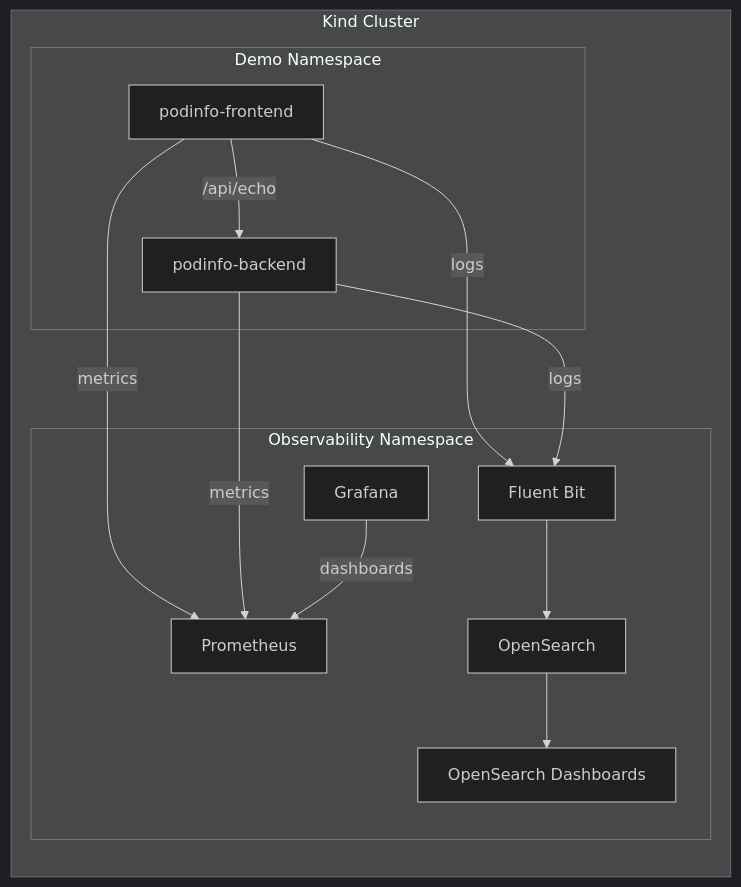
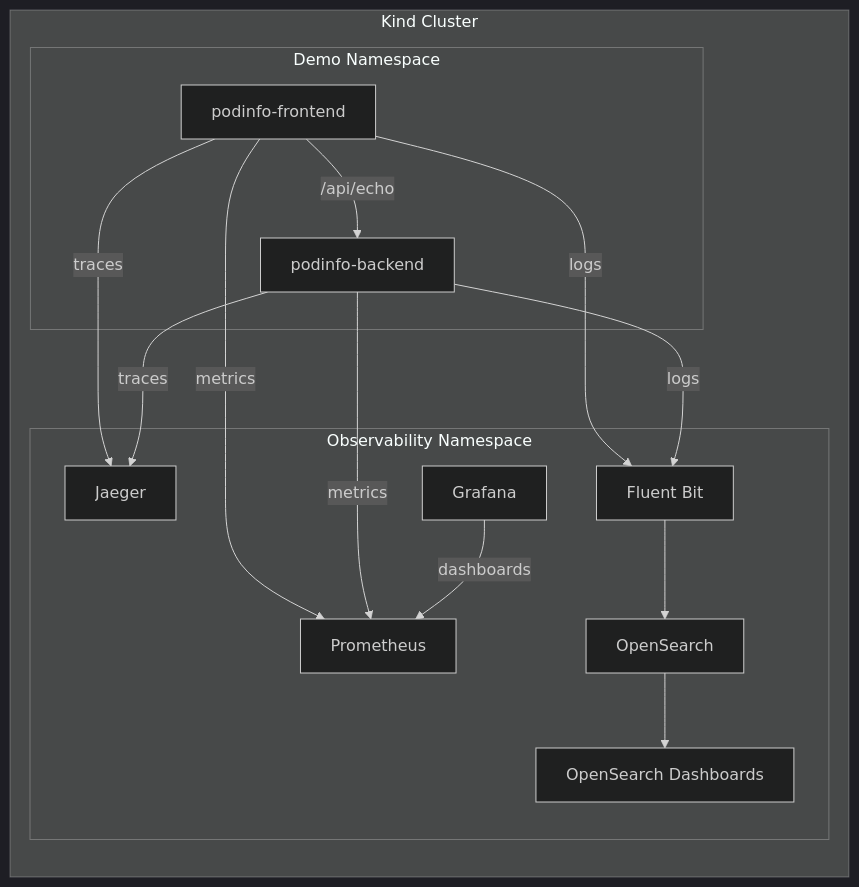
Before and after one commit to lukecassidy/kind-stack-observability: the diagram in README.md, drawn with Mermaid (dark theme). The commit also changed other lines of this file and 7 other files, not shown here.

````diff
--- a/README.md
+++ b/README.md
@@ -52,24 +54,27 @@
 ```mermaid
 flowchart LR
     subgraph Kind Cluster
         subgraph Observability Namespace
             P[Prometheus]
             G[Grafana]
             OS[OpenSearch]
+            OSD[OpenSearch Dashboards]
+            J[Jaeger]
             FB[Fluent Bit]
-            OSD[OpenSearch Dashboards]
         end
 
         subgraph Demo Namespace
             PIF[podinfo-frontend]
             PIB[podinfo-backend]
         end
 
         PIF -->|/api/echo| PIB
         PIF -->|metrics| P
         PIB -->|metrics| P
+        PIF -->|traces| J
+        PIB -->|traces| J
         PIF -->|logs| FB --> OS --> OSD
         PIB -->|logs| FB
         G -->|dashboards| P
     end
 ```
````
